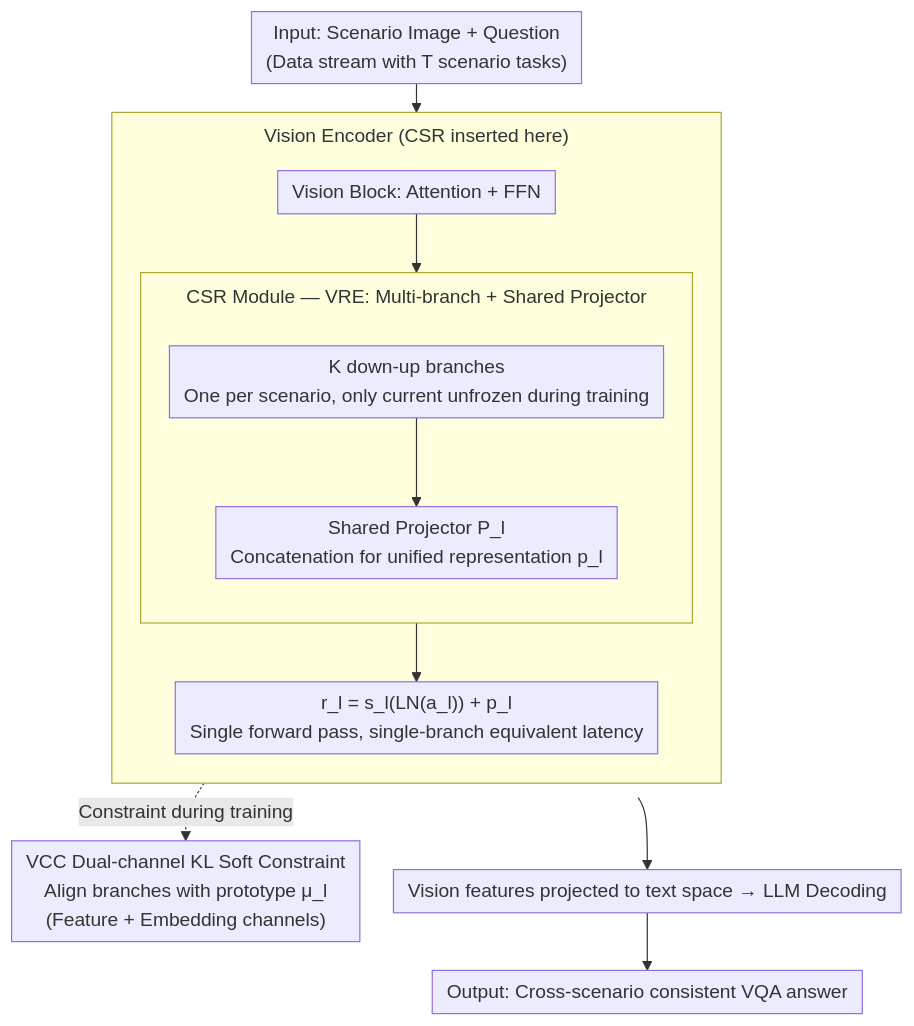
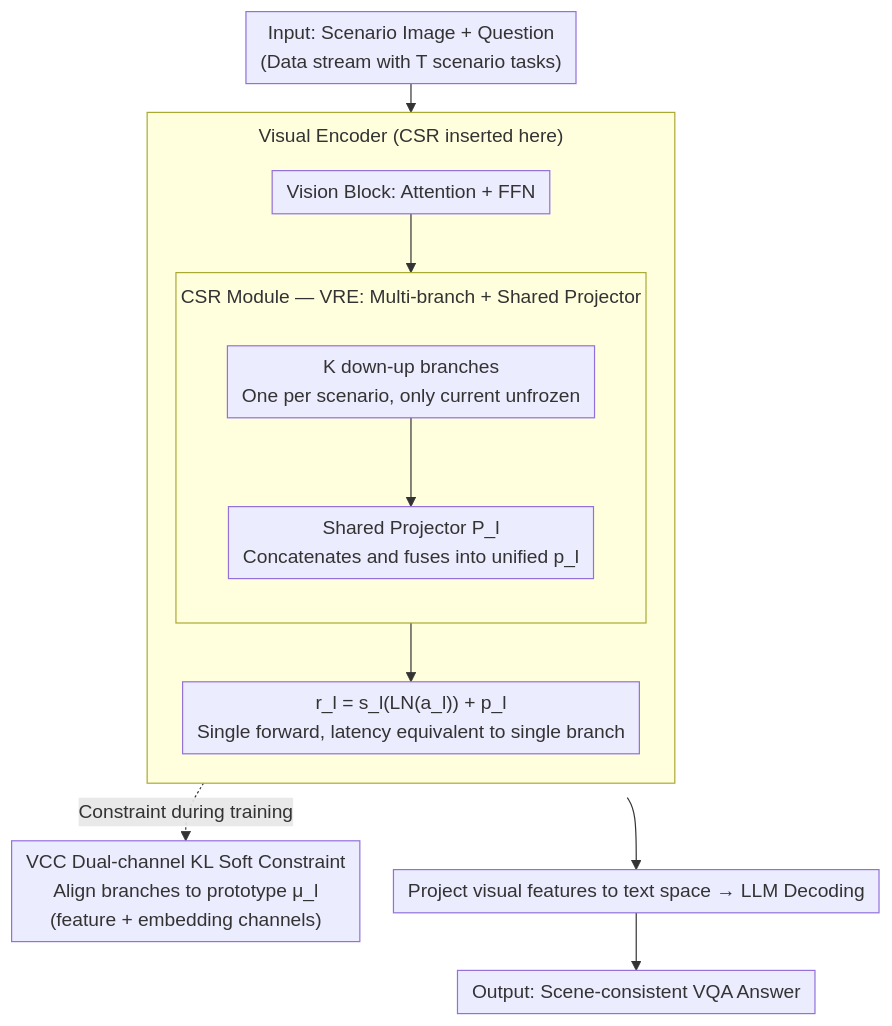
Before and after one commit to zhaoyang97/Paper-Notes-en: the diagram in docs/ICML2026/multimodal_vlm/multimodal_continual_learning_with_mllms_from_multi-scenario_perspectives.md, drawn with Mermaid. The commit also changed other lines of this file and 5084 other files, not shown here.

````diff
--- a/docs/ICML2026/multimodal_vlm/multimodal_continual_learning_with_mllms_from_multi-scenario_perspectives.md
+++ b/docs/ICML2026/multimodal_vlm/multimodal_continual_learning_with_mllms_from_multi-scenario_perspectives.md
@@ -42,23 +42,23 @@
 ```mermaid
 %%{init: {'flowchart': {'rankSpacing': 24, 'nodeSpacing': 28, 'padding': 6, 'wrappingWidth': 400, 'subGraphTitleMargin': {'top': 8, 'bottom': 16}}}}%%
 flowchart TD
     IN["Input: Scenario Image + Question<br/>(Data stream with T scenario tasks)"]
-    subgraph VENC["Vision Encoder (CSR inserted here)"]
+    subgraph VENC["Visual Encoder (CSR inserted here)"]
         direction TB
         ATT["Vision Block: Attention + FFN"]
         subgraph CSR["CSR Module — VRE: Multi-branch + Shared Projector"]
             direction TB
-            BR["K down-up branches<br/>One per scenario, only current unfrozen during training"]
-            PROJ["Shared Projector P_l<br/>Concatenation for unified representation p_l"]
+            BR["K down-up branches<br/>One per scenario, only current unfrozen"]
+            PROJ["Shared Projector P_l<br/>Concatenates and fuses into unified p_l"]
             BR --> PROJ
         end
         ATT --> CSR
-        ADD["r_l = s_l(LN(a_l)) + p_l<br/>Single forward pass, single-branch equivalent latency"]
+        ADD["r_l = s_l(LN(a_l)) + p_l<br/>Single forward, latency equivalent to single branch"]
         CSR --> ADD
     end
     IN --> VENC
-    VCC["VCC Dual-channel KL Soft Constraint<br/>Align branches with prototype μ_l<br/>(Feature + Embedding channels)"]
+    VCC["VCC Dual-channel KL Soft Constraint<br/>Align branches to prototype μ_l<br/>(feature + embedding channels)"]
     CSR -.Constraint during training.-> VCC
-    VENC --> TXT["Vision features projected to text space → LLM Decoding"]
-    TXT --> OUT["Output: Cross-scenario consistent VQA answer"]
+    VENC --> TXT["Project visual features to text space → LLM Decoding"]
+    TXT --> OUT["Output: Scene-consistent VQA Answer"]
 ```
````
